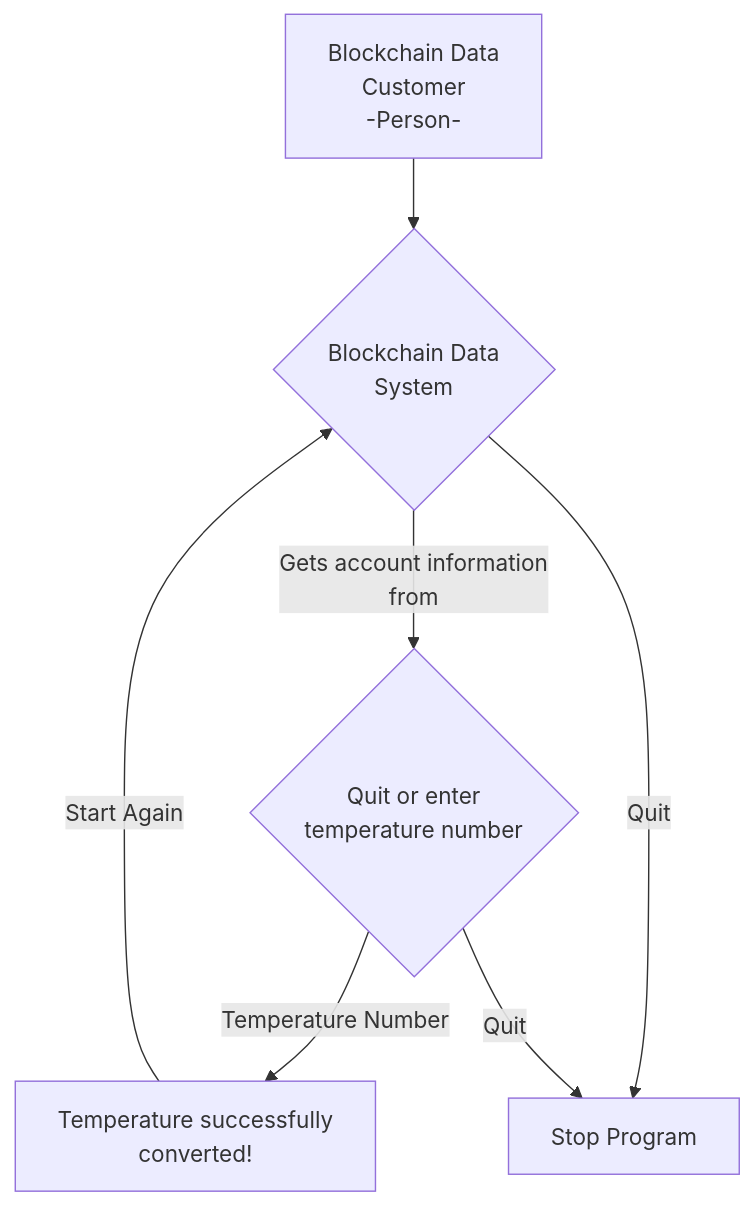
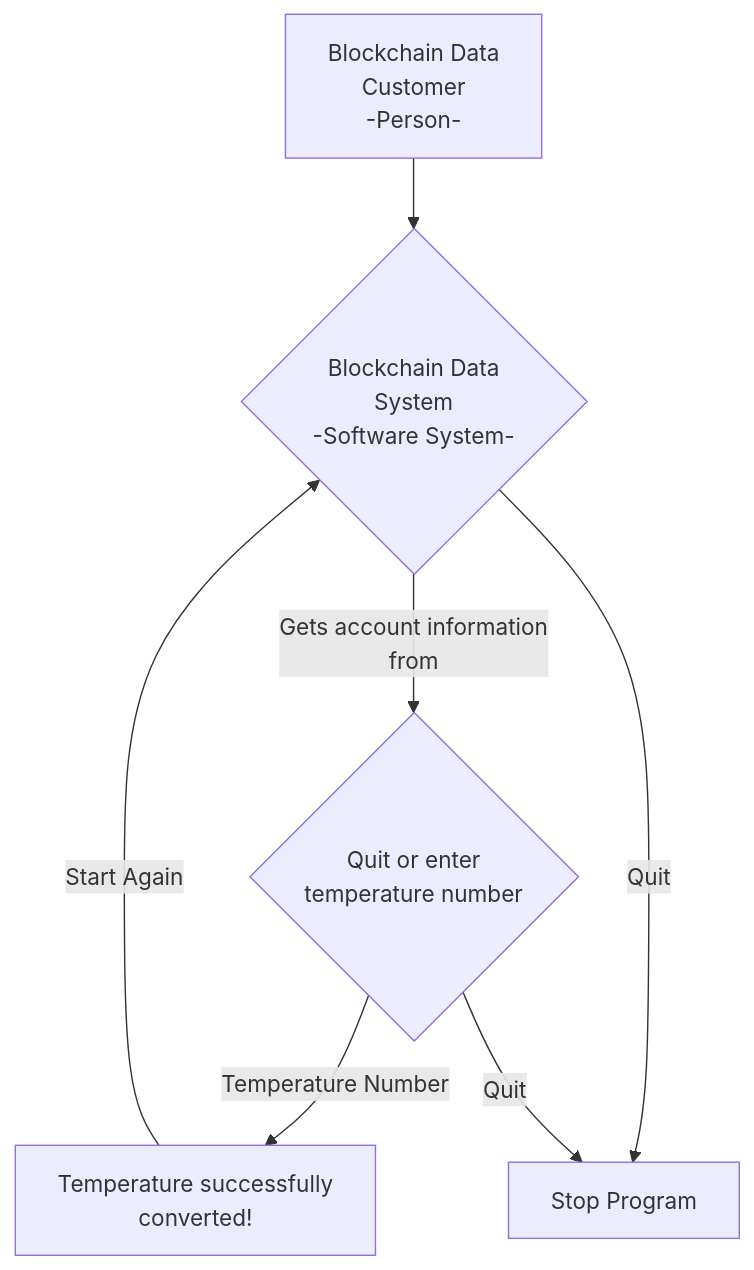
The diagram in README.md (patmcfarland/one), drawn with Mermaid before and after one commit.

````diff
--- a/README.md
+++ b/README.md
@@ -1,9 +1,9 @@
 ```mermaid
 flowchart TB
-A[Blockchain Data<br>Customer<br>-Person-] -->B{Blockchain Data<br>System}
+A[Blockchain Data<br>Customer<br>-Person-] -->B{Blockchain Data<br>System<br>-Software System-}
 B -- Gets account information<br>from --> C{Quit or enter<br>temperature number} 
 C -- Temperature Number --> D[Temperature successfully<br>converted!] 
 D -- Start Again -->B
 B -- Quit --> E[Stop Program]
 C -- Quit --> E
 ```
````
